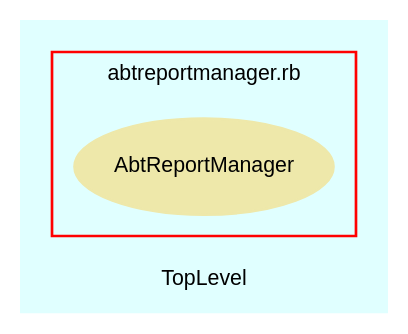
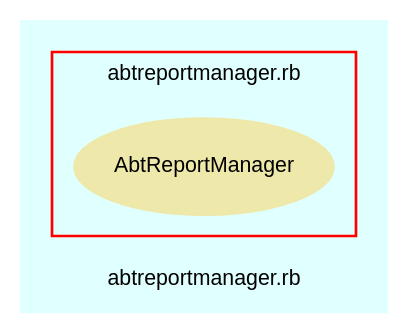
One commit to eschabell/abtlinux changed the diagram in src/trunk/doc/dot/f_6.dot. Above: the diagram before and after it, drawn with Graphviz. The commit also changed 68 other files, not shown here.

```diff
--- a/src/trunk/doc/dot/f_6.dot
+++ b/src/trunk/doc/dot/f_6.dot
@@ -1,28 +1,28 @@
 digraph TopLevel {
     compound = true
     bgcolor = lightcyan1
     fontname = Arial
     fontsize = 8
-    label = "TopLevel"
+    label = "abtreportmanager.rb"
     node [
         fontname = Arial,
         fontsize = 8,
         color = black
     ]
 
     subgraph cluster_7 {
         fontname = Arial
         color = red
         label = "abtreportmanager.rb"
         AbtReportManager [
             fontcolor = black,
             URL = "classes/AbtReportManager.html",
             shape = ellipse,
             color = palegoldenrod,
             style = filled,
             label = "AbtReportManager"
         ]
 
     }
 
 }
```
